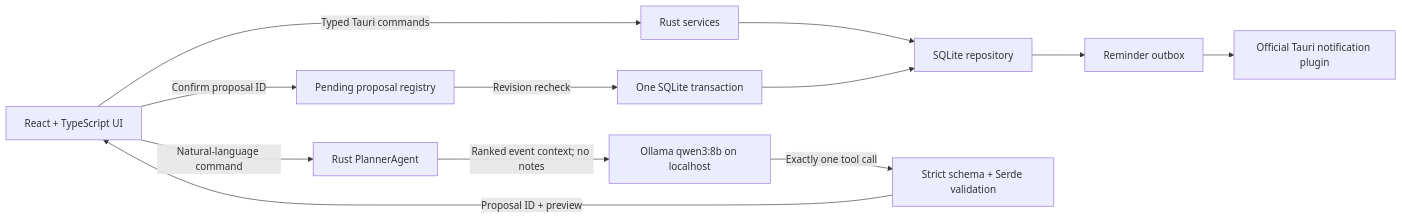
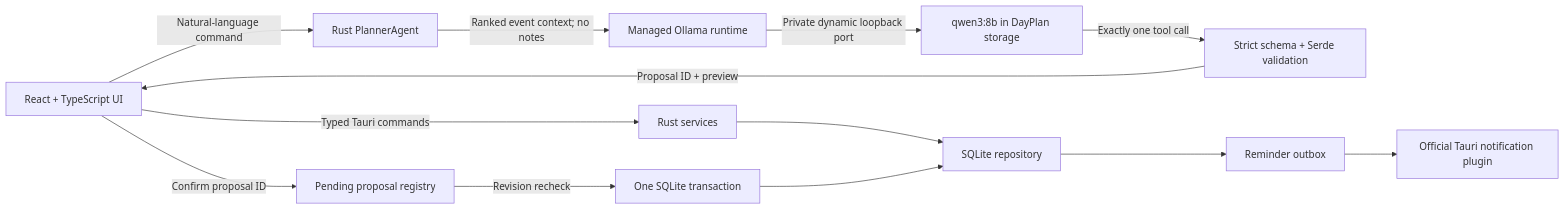
One commit to Von-Van/DayPlan changed the diagram in README.md. Above: the diagram before and after it, drawn with Mermaid. The commit also changed other lines of this file and 25 other files, not shown here.

````diff
--- a/README.md
+++ b/README.md
@@ -13,14 +13,15 @@
 ```mermaid
 flowchart LR
   U["React + TypeScript UI"] -->|"Typed Tauri commands"| R["Rust services"]
   R --> D["SQLite repository"]
   U -->|"Natural-language command"| A["Rust PlannerAgent"]
-  A -->|"Ranked event context; no notes"| O["Ollama qwen3:8b on localhost"]
+  A -->|"Ranked event context; no notes"| M["Managed Ollama runtime"]
+  M -->|"Private dynamic loopback port"| O["qwen3:8b in DayPlan storage"]
   O -->|"Exactly one tool call"| V["Strict schema + Serde validation"]
   V -->|"Proposal ID + preview"| U
   U -->|"Confirm proposal ID"| P["Pending proposal registry"]
   P -->|"Revision recheck"| T["One SQLite transaction"]
   T --> D
   D --> X["Reminder outbox"]
   X --> N["Official Tauri notification plugin"]
 ```
````
